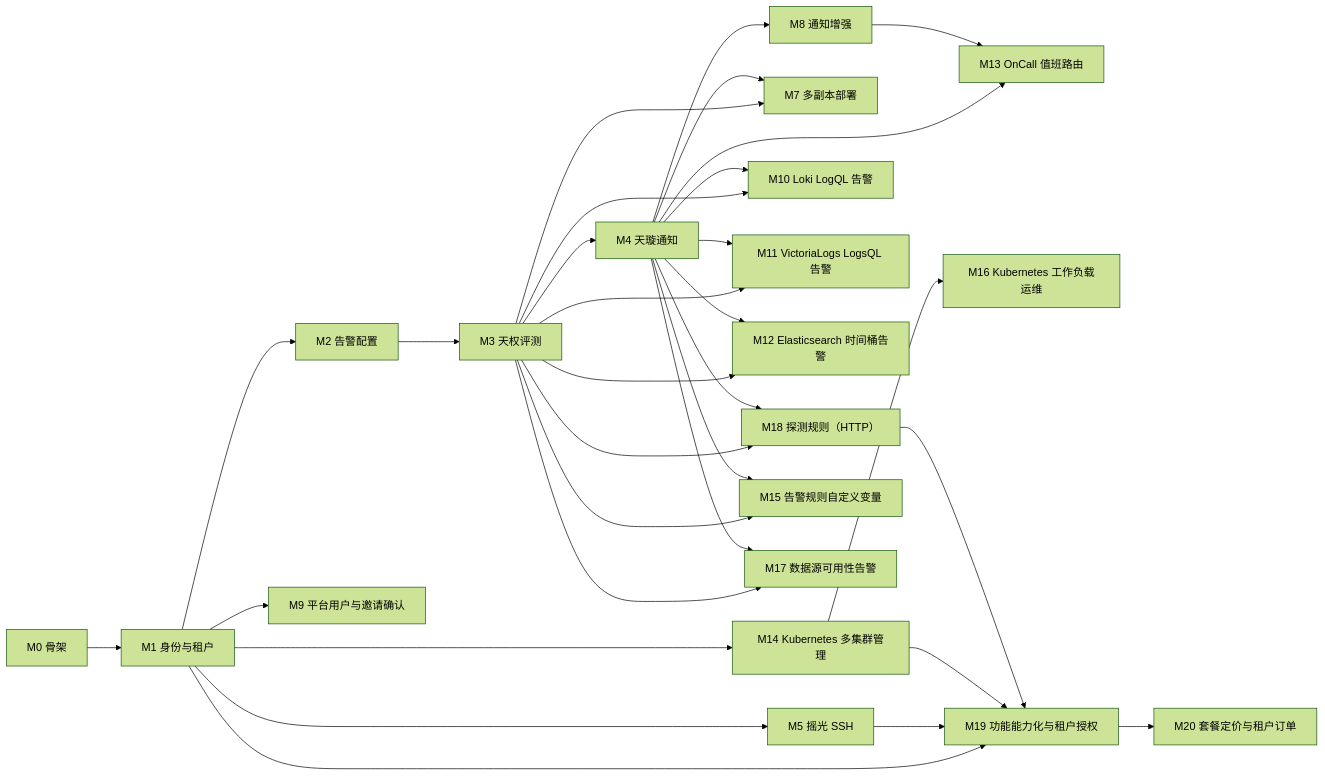
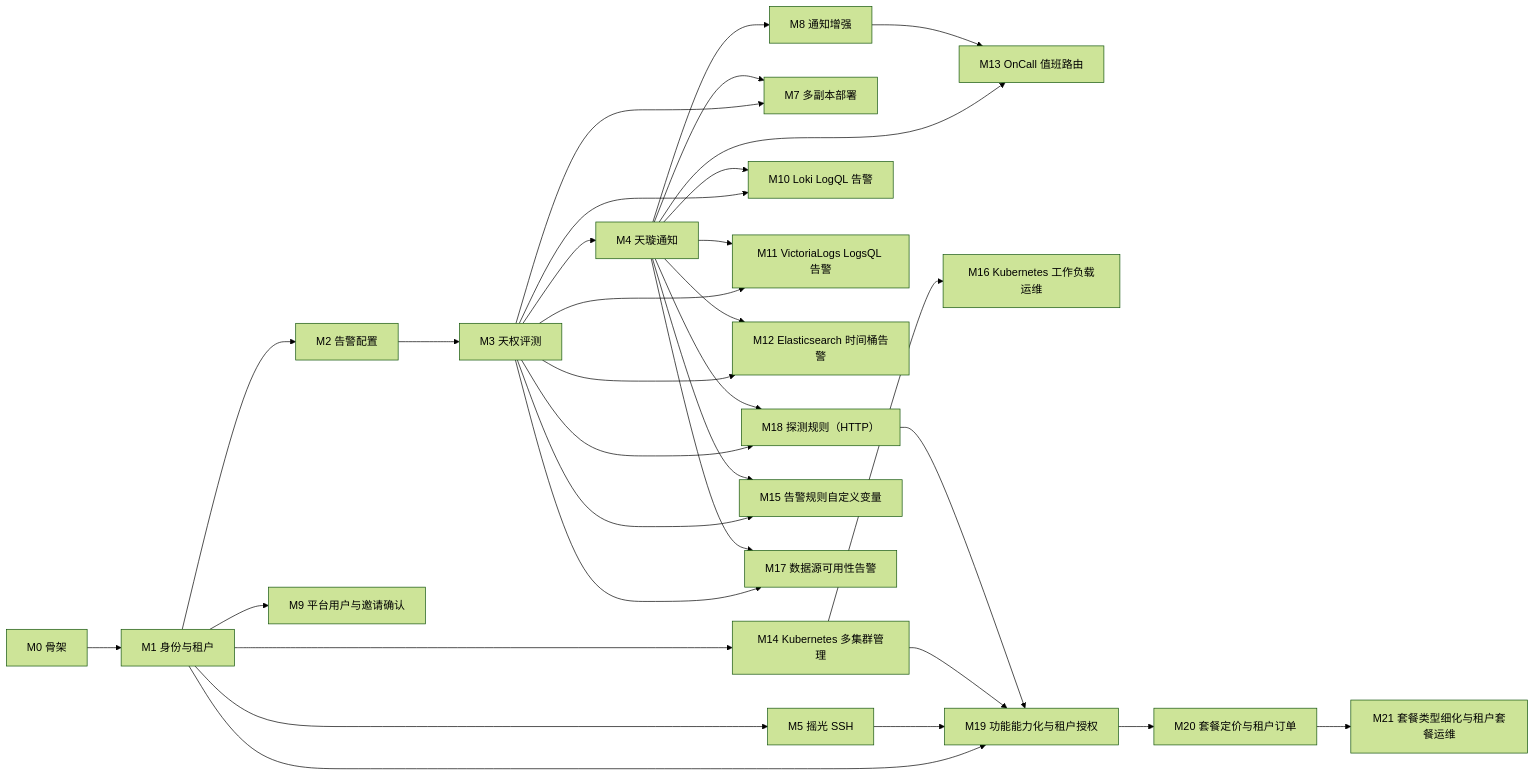
One commit to aide-family/moon changed the diagram in docs/roadmap.md. Above: the diagram before and after it, drawn with Mermaid (forest theme). The commit also changed other lines of this file and 59 other files, not shown here.

````diff
--- a/docs/roadmap.md
+++ b/docs/roadmap.md
@@ -46,50 +47,52 @@
 ```mermaid
 flowchart LR
   m0[M0 骨架]
   m1[M1 身份与租户]
   m2[M2 告警配置]
   m3[M3 天权评测]
   m4[M4 天璇通知]
   m5[M5 摇光 SSH]
   m7[M7 多副本部署]
   m8[M8 通知增强]
   m9[M9 平台用户与邀请确认]
   m10[M10 Loki LogQL 告警]
   m11[M11 VictoriaLogs LogsQL 告警]
   m12[M12 Elasticsearch 时间桶告警]
   m13[M13 OnCall 值班路由]
   m14[M14 Kubernetes 多集群管理]
   m15[M15 告警规则自定义变量]
   m16[M16 Kubernetes 工作负载运维]
   m17[M17 数据源可用性告警]
   m18[M18 探测规则（HTTP）]
   m19[M19 功能能力化与租户授权]
   m20[M20 套餐定价与租户订单]
+  m21[M21 套餐类型细化与租户套餐运维]
   m0 --> m1 --> m2 --> m3 --> m4
   m1 --> m5
   m1 --> m9
   m1 --> m14
   m14 --> m16
   m3 --> m7
   m4 --> m7
   m4 --> m8
   m3 --> m10
   m4 --> m10
   m3 --> m11
   m4 --> m11
   m3 --> m12
   m4 --> m12
   m4 --> m13
   m8 --> m13
   m3 --> m15
   m4 --> m15
   m3 --> m17
   m4 --> m17
   m3 --> m18
   m4 --> m18
   m1 --> m19
   m5 --> m19
   m14 --> m19
   m18 --> m19
   m19 --> m20
+  m20 --> m21
 ```
````
